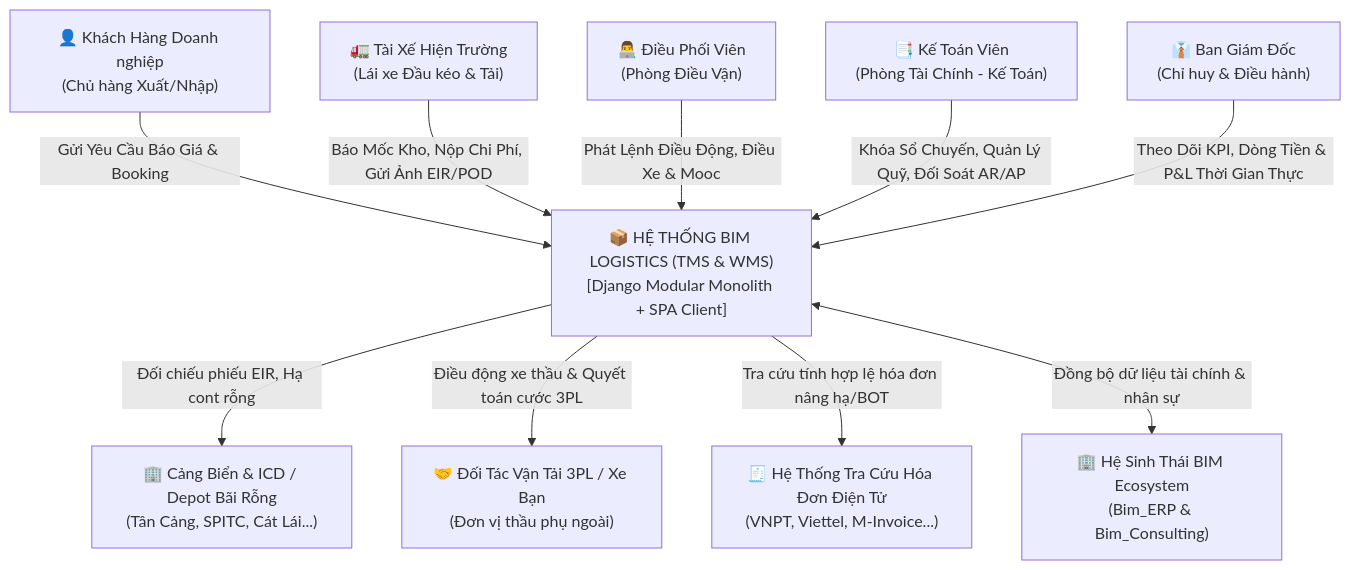
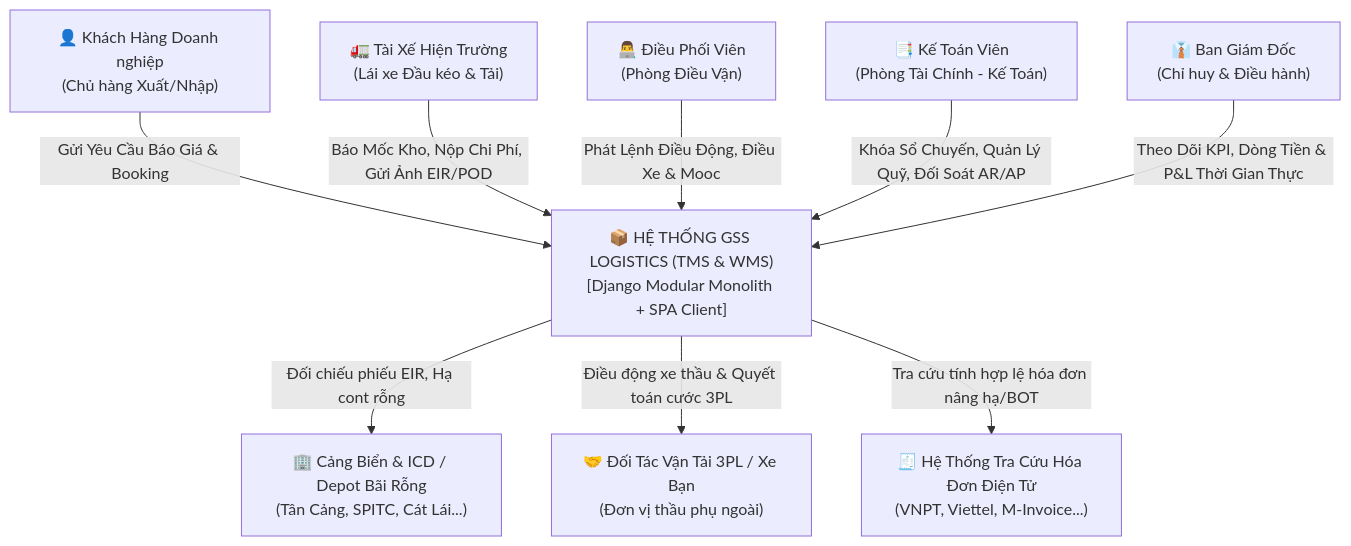
One commit to hongsonphan/GSS_LOGISTICs changed the first of 2 diagrams in docs/PROJECT_OVERVIEW.md. Above: the diagram before and after it, drawn with Mermaid. The commit also changed other lines of this file and 93 other files, not shown here.

First line of the commit message:
chore: doi ten thuong hieu BIM -> GSS, viet lai tai lieu theo BRD GSS

````diff
--- a/docs/PROJECT_OVERVIEW.md
+++ b/docs/PROJECT_OVERVIEW.md
@@ -39,26 +48,24 @@
 ```mermaid
 flowchart TD
     UserClient["👤 Khách Hàng Doanh nghiệp<br/>(Chủ hàng Xuất/Nhập)"]
     UserDriver["🚛 Tài Xế Hiện Trường<br/>(Lái xe Đầu kéo & Tải)"]
     UserDispatcher["👨‍💻 Điều Phối Viên<br/>(Phòng Điều Vận)"]
     UserAccountant["📑 Kế Toán Viên<br/>(Phòng Tài Chính - Kế Toán)"]
     UserDirector["👔 Ban Giám Đốc<br/>(Chỉ huy & Điều hành)"]
 
-    SystemBIM["📦 HỆ THỐNG BIM LOGISTICS (TMS & WMS)<br/>[Django Modular Monolith + SPA Client]"]
+    SystemGSS["📦 HỆ THỐNG GSS LOGISTICS (TMS & WMS)<br/>[Django Modular Monolith + SPA Client]"]
 
     ExtPort["🏢 Cảng Biển & ICD / Depot Bãi Rỗng<br/>(Tân Cảng, SPITC, Cát Lái...)"]
     ExtCarrier3PL["🤝 Đối Tác Vận Tải 3PL / Xe Bạn<br/>(Đơn vị thầu phụ ngoài)"]
     ExtEInvoice["🧾 Hệ Thống Tra Cứu Hóa Đơn Điện Tử<br/>(VNPT, Viettel, M-Invoice...)"]
-    ExtEcosystem["🏢 Hệ Sinh Thái BIM Ecosystem<br/>(Bim_ERP & Bim_Consulting)"]
 
-    UserClient -->|"Gửi Yêu Cầu Báo Giá & Booking"| SystemBIM
-    UserDriver -->|"Báo Mốc Kho, Nộp Chi Phí, Gửi Ảnh EIR/POD"| SystemBIM
-    UserDispatcher -->|"Phát Lệnh Điều Động, Điều Xe & Mooc"| SystemBIM
-    UserAccountant -->|"Khóa Sổ Chuyến, Quản Lý Quỹ, Đối Soát AR/AP"| SystemBIM
-    UserDirector -->|"Theo Dõi KPI, Dòng Tiền & P&L Thời Gian Thực"| SystemBIM
+    UserClient -->|"Gửi Yêu Cầu Báo Giá & Booking"| SystemGSS
+    UserDriver -->|"Báo Mốc Kho, Nộp Chi Phí, Gửi Ảnh EIR/POD"| SystemGSS
+    UserDispatcher -->|"Phát Lệnh Điều Động, Điều Xe & Mooc"| SystemGSS
+    UserAccountant -->|"Khóa Sổ Chuyến, Quản Lý Quỹ, Đối Soát AR/AP"| SystemGSS
+    UserDirector -->|"Theo Dõi KPI, Dòng Tiền & P&L Thời Gian Thực"| SystemGSS
 
-    SystemBIM -->|"Đối chiếu phiếu EIR, Hạ cont rỗng"| ExtPort
-    SystemBIM -->|"Điều động xe thầu & Quyết toán cước 3PL"| ExtCarrier3PL
-    SystemBIM -->|"Tra cứu tính hợp lệ hóa đơn nâng hạ/BOT"| ExtEInvoice
-    SystemBIM <-->|"Đồng bộ dữ liệu tài chính & nhân sự"| ExtEcosystem
+    SystemGSS -->|"Đối chiếu phiếu EIR, Hạ cont rỗng"| ExtPort
+    SystemGSS -->|"Điều động xe thầu & Quyết toán cước 3PL"| ExtCarrier3PL
+    SystemGSS -->|"Tra cứu tính hợp lệ hóa đơn nâng hạ/BOT"| ExtEInvoice
 ```
````
